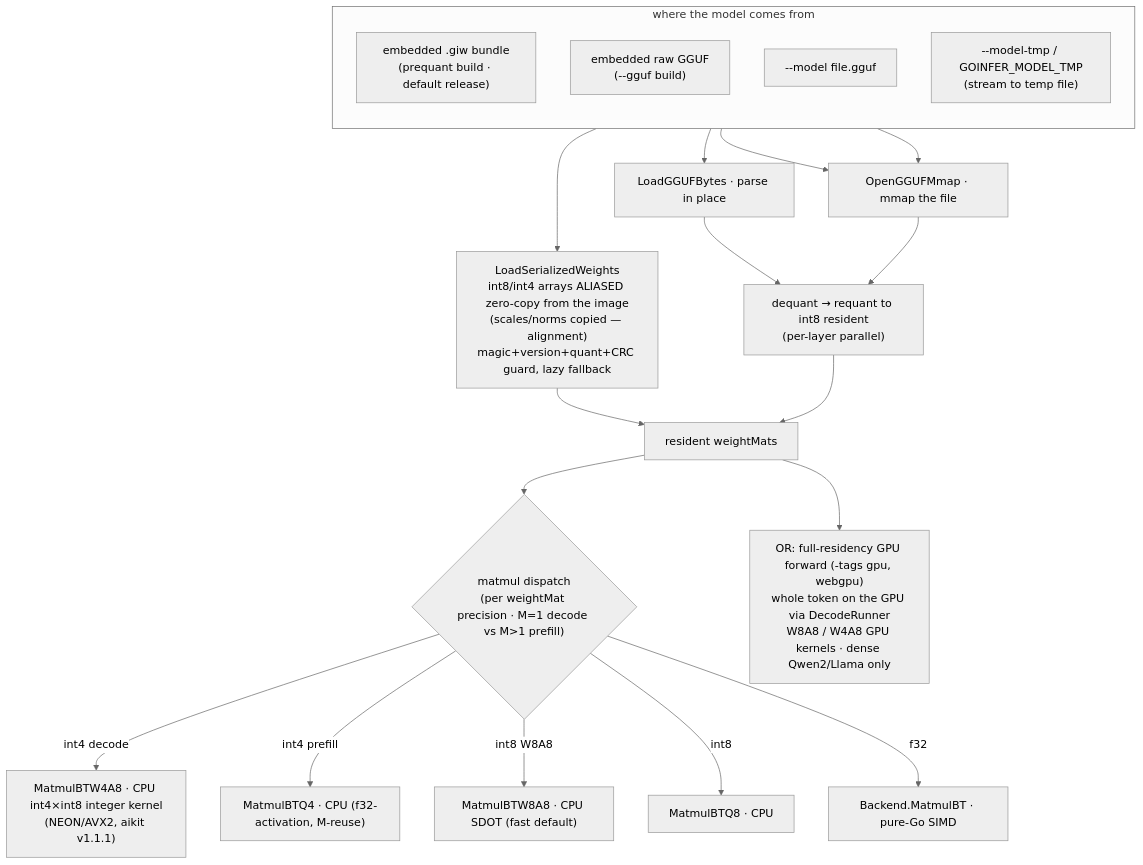
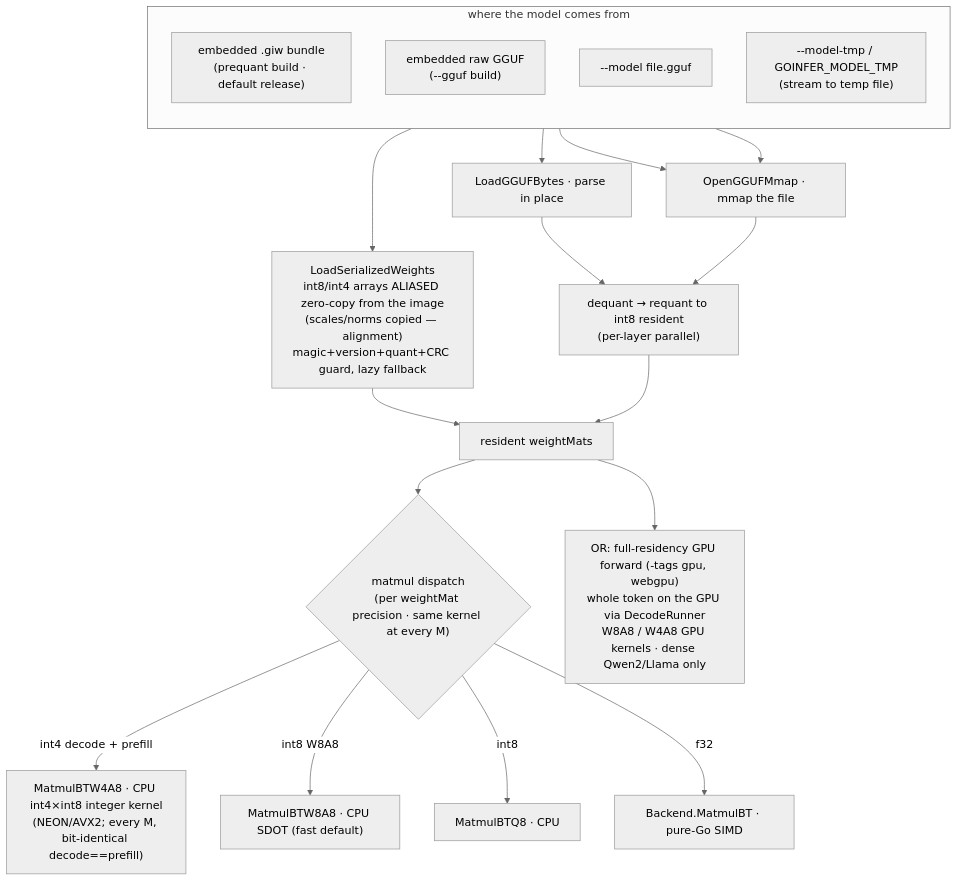
The second of 3 diagrams in docs/ARCHITECTURE.md (townsendmerino/goinfer), drawn with Mermaid (neutral theme) before and after one commit. The commit also changed 1 other file, not shown here.

Commit message:
docs: int4 prefill→W4A8 already shipped (17a9ff4) — fix stale roadmap + arch diagram
The "route int4 prefill to W4A8" item shipped 2026-06-12 (17a9ff4): matmul() runs
MatmulBTW4A8 at every M and dropped the dequant-bound MatmulBTQ4 (f32-activation)
path, so int4 prefill + decode both use int8 activations (unified, bit-identical).
Two docs still described the old behavior — roadmap listed it as a TODO, and the
ARCHITECTURE matmul-dispatch diagram still routed "int4 prefill" to MatmulBTQ4.
Mark the roadmap item DONE (noting the only remaining refinement is a fused
MatmulBTW4A8Batch, which needs aikit) and fix the diagram to one int4→W4A8 arm.

````diff
--- a/docs/ARCHITECTURE.md
+++ b/docs/ARCHITECTURE.md
@@ -64,28 +64,27 @@
 ```mermaid
 flowchart TB
   subgraph SRC["where the model comes from"]
     direction TB
     GIW["embedded .giw bundle<br/>(prequant build · default release)"]
     EGG["embedded raw GGUF<br/>(--gguf build)"]
     FILE["--model file.gguf"]
     TMP["--model-tmp / GOINFER_MODEL_TMP<br/>(stream to temp file)"]
   end
 
   GIW --> ALIAS["LoadSerializedWeights<br/>int8/int4 arrays ALIASED zero-copy from the image<br/>(scales/norms copied — alignment)<br/>magic+version+quant+CRC guard, lazy fallback"]
   EGG --> PARSE["LoadGGUFBytes · parse in place"]
   FILE --> MMAP["OpenGGUFMmap · mmap the file"]
   TMP --> MMAP
   PARSE --> REQ["dequant → requant to int8 resident<br/>(per-layer parallel)"]
   MMAP --> REQ
 
   ALIAS --> W["resident weightMats"]
   REQ --> W
 
-  W --> DISP{"matmul dispatch<br/>(per weightMat precision · M=1 decode vs M&gt;1 prefill)"}
-  DISP -->|int4 decode| K4D["MatmulBTW4A8 · CPU int4×int8 integer kernel<br/>(NEON/AVX2, aikit v1.1.1)"]
-  DISP -->|int4 prefill| K4["MatmulBTQ4 · CPU (f32-activation, M-reuse)"]
+  W --> DISP{"matmul dispatch<br/>(per weightMat precision · same kernel at every M)"}
+  DISP -->|int4 decode + prefill| K4["MatmulBTW4A8 · CPU int4×int8 integer kernel<br/>(NEON/AVX2; every M, bit-identical decode==prefill)"]
   DISP -->|int8 W8A8| K8["MatmulBTW8A8 · CPU SDOT (fast default)"]
   DISP -->|int8| KQ["MatmulBTQ8 · CPU"]
   DISP -->|f32| BE["Backend.MatmulBT · pure-Go SIMD"]
   W --> GPUR["OR: full-residency GPU forward (-tags gpu, webgpu)<br/>whole token on the GPU via DecodeRunner<br/>W8A8 / W4A8 GPU kernels · dense Qwen2/Llama only"]
 ```
````
